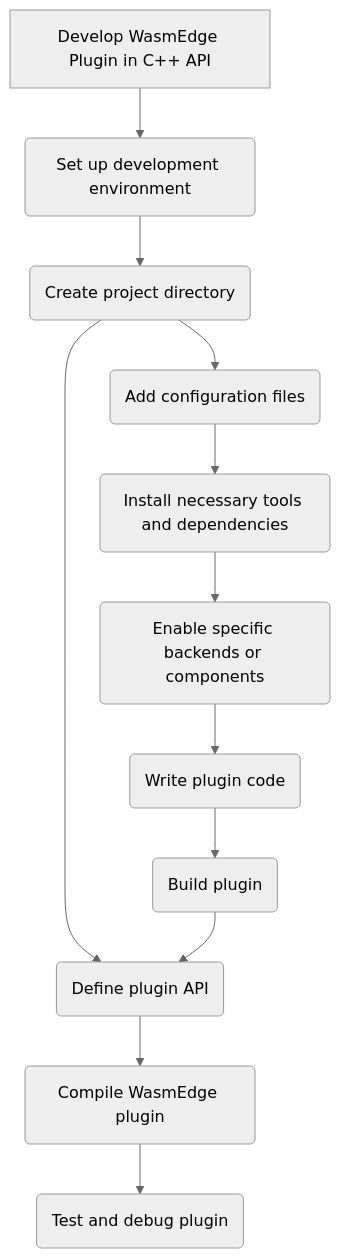
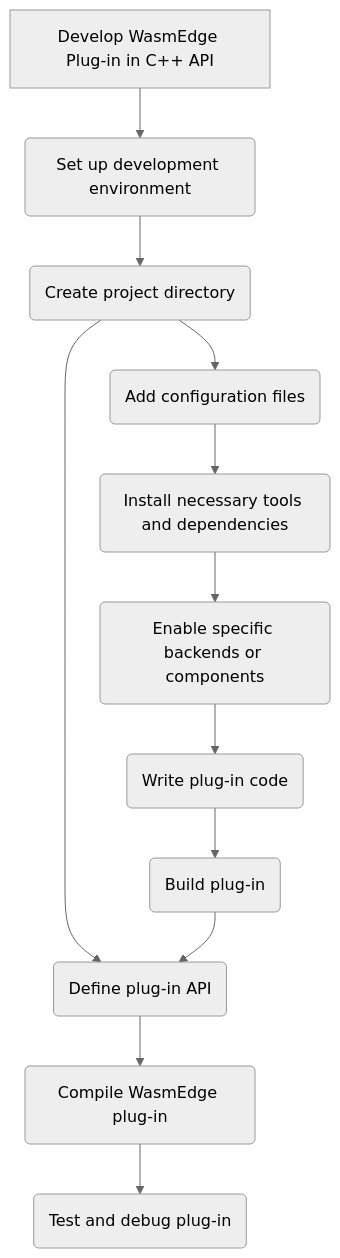
Before and after one commit to WasmEdge/docs: the diagram in docs/contribute/plugin/develop_plugin_cpp.md, drawn with Mermaid (neutral theme). The commit also changed 9 other files, not shown here.

````diff
--- a/docs/contribute/plugin/develop_plugin_cpp.md
+++ b/docs/contribute/plugin/develop_plugin_cpp.md
@@ -16,15 +16,15 @@
 ```mermaid
 graph TD;
-A[Develop WasmEdge Plugin in C++ API]
+A[Develop WasmEdge Plug-in in C++ API]
 A --> B(Set up development environment)
 B --> C(Create project directory)
 C --> D(Add configuration files)
 D --> E(Install necessary tools and dependencies)
 E --> F(Enable specific backends or components)
-F --> G(Write plugin code)
-G --> H(Build plugin)
-C --> I(Define plugin API)
+F --> G(Write plug-in code)
+G --> H(Build plug-in)
+C --> I(Define plug-in API)
 H --> I
-I --> J(Compile WasmEdge plugin)
-J --> K(Test and debug plugin)
+I --> J(Compile WasmEdge plug-in)
+J --> K(Test and debug plug-in)
 ```
````
